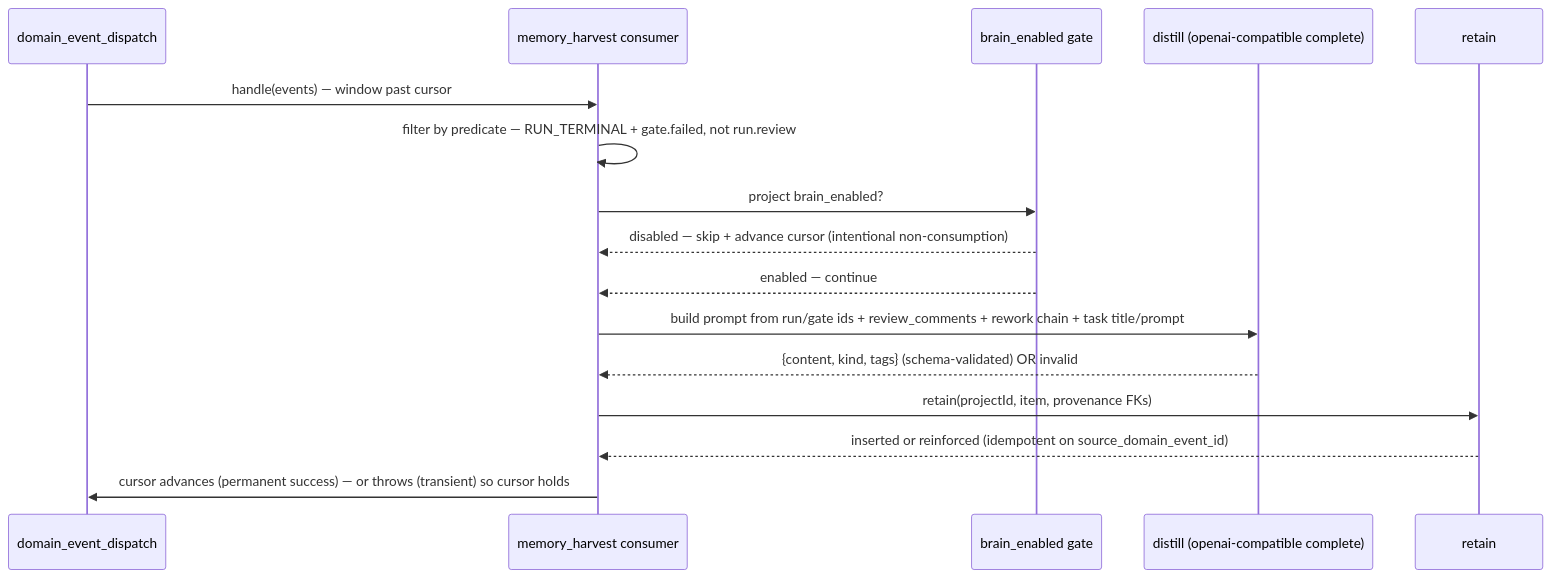
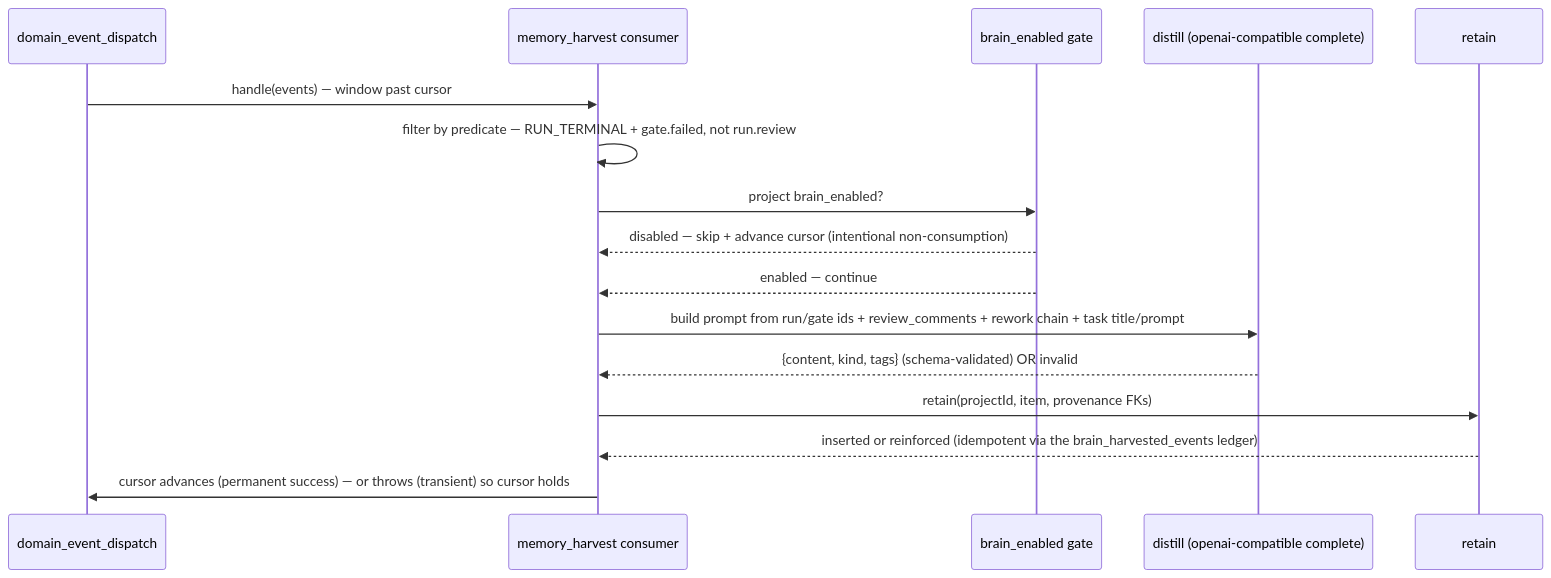
The third of 7 diagrams in docs/system-analytics/project-brain.md (maister-dev/maister), drawn with Mermaid before and after one commit. The commit also changed other lines of this file and 61 other files, not shown here.

````diff
--- a/docs/system-analytics/project-brain.md
+++ b/docs/system-analytics/project-brain.md
@@ -109,18 +136,18 @@
 ```mermaid
 sequenceDiagram
     participant D as domain_event_dispatch
     participant H as memory_harvest consumer
     participant P as brain_enabled gate
     participant L as distill (openai-compatible complete)
     participant R as retain
     D->>H: handle(events) — window past cursor
     H->>H: filter by predicate — RUN_TERMINAL + gate.failed, not run.review
     H->>P: project brain_enabled?
     P-->>H: disabled — skip + advance cursor (intentional non-consumption)
     P-->>H: enabled — continue
     H->>L: build prompt from run/gate ids + review_comments + rework chain + task title/prompt
     L-->>H: {content, kind, tags} (schema-validated) OR invalid
     H->>R: retain(projectId, item, provenance FKs)
-    R-->>H: inserted or reinforced (idempotent on source_domain_event_id)
+    R-->>H: inserted or reinforced (idempotent via the brain_harvested_events ledger)
     H->>D: cursor advances (permanent success) — or throws (transient) so cursor holds
 ```
````
